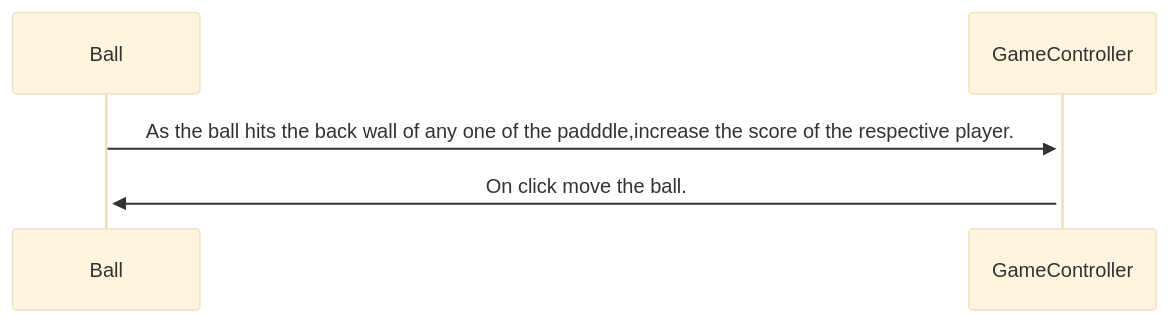
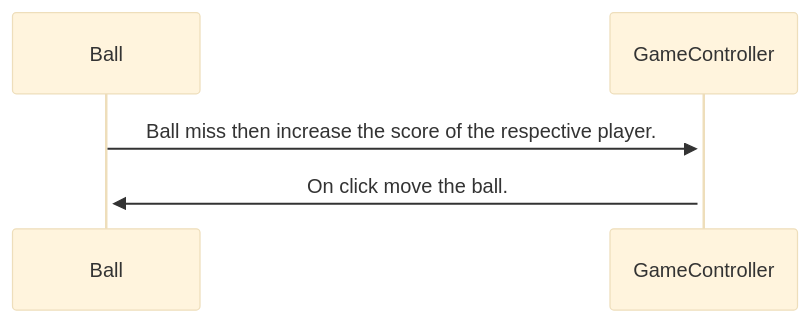
The third of 3 diagrams in Stage0/sequence-start.md (Engin-Boot/pong-stage-anjalimnnit), drawn with Mermaid (base theme) before and after one commit. The commit also changed other lines of this file, not shown here.

Commit message:
updated scenario

````diff
--- a/Stage0/sequence-start.md
+++ b/Stage0/sequence-start.md
@@ -22,6 +22,6 @@
 ```mermaid
 sequenceDiagram
-Ball->>+GameController: As the ball hits the back wall of any one of the padddle,increase the score of the respective player.
+Ball->>+GameController: Ball miss then increase the score of the respective player.
 GameController->>+Ball: On click move the ball.
 
 ```
````
